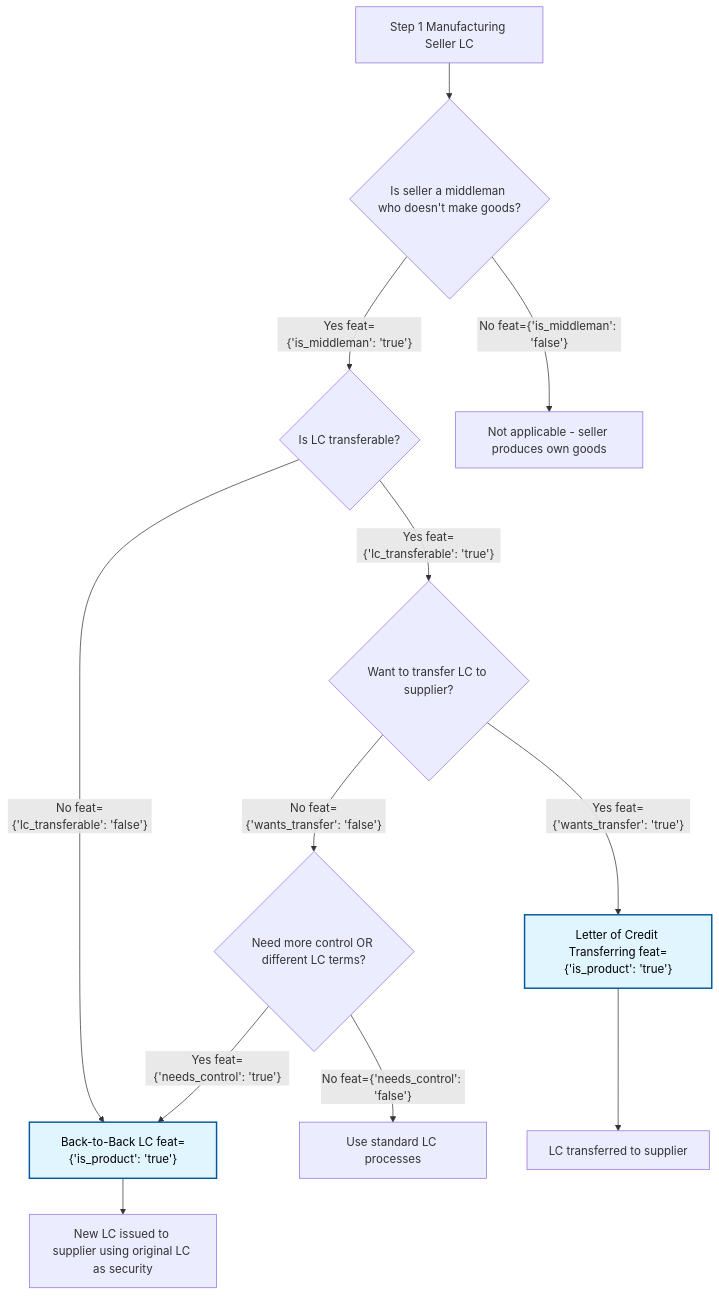
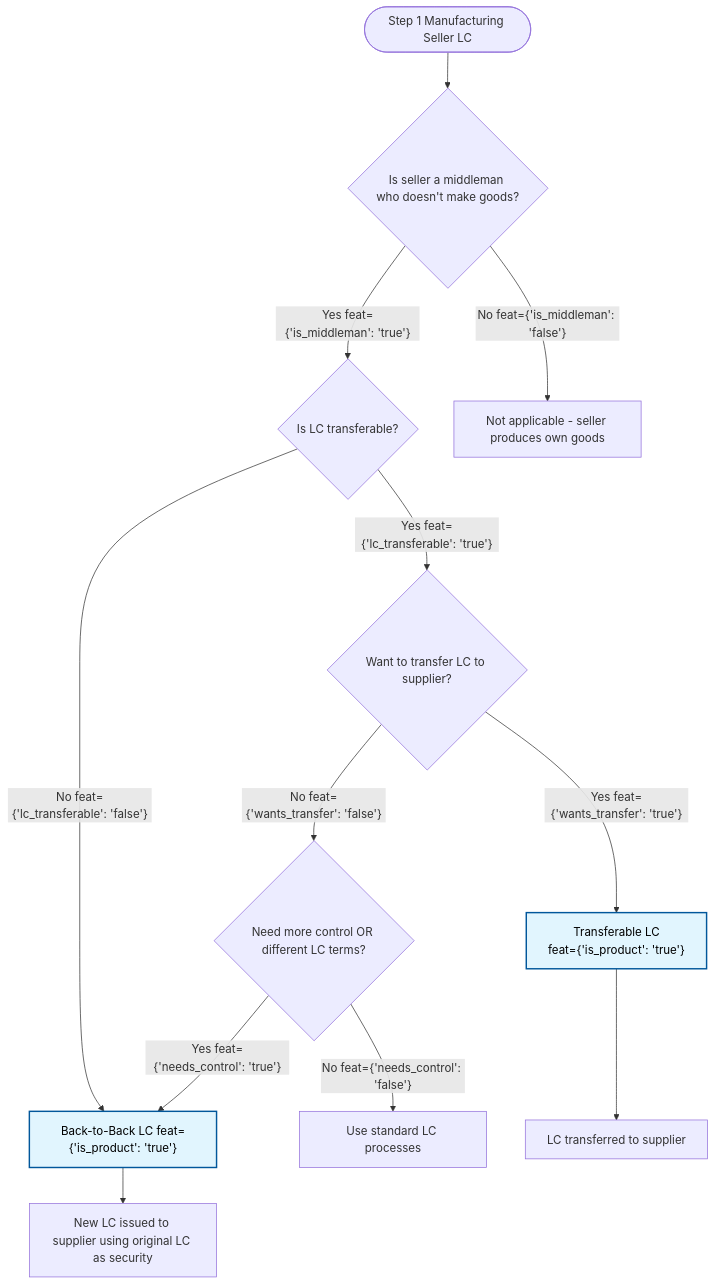
The diagram in tvc_decision_trees/manufacturing/1_seller_lc.md (sage-develop/why), drawn with Mermaid before and after one commit. The commit also changed 11 other files, not shown here.

Commit message:
make diagram in same pattern

````diff
--- a/tvc_decision_trees/manufacturing/1_seller_lc.md
+++ b/tvc_decision_trees/manufacturing/1_seller_lc.md
@@ -3,18 +3,19 @@
 ```mermaid
 flowchart TD
-    Start["Step 1 Manufacturing Seller LC"] --> CheckMiddleman{"Is seller a middleman who doesn't make goods?"}
-    CheckMiddleman -->|"Yes feat={'is_middleman': 'true'}"| TransferableCheck{"Is LC transferable?"}
-    CheckMiddleman -->|"No feat={'is_middleman': 'false'}"| End1["Not applicable - seller produces own goods"]
-    TransferableCheck -->|"Yes feat={'lc_transferable': 'true'}"| WantTransfer{"Want to transfer LC to supplier?"}
-    TransferableCheck -->|"No feat={'lc_transferable': 'false'}"| BackToBackLC["Back-to-Back LC feat={'is_product': 'true'}"]
-    WantTransfer -->|"Yes feat={'wants_transfer': 'true'}"| LCTransfer["Letter of Credit Transferring feat={'is_product': 'true'}"]
-    WantTransfer -->|"No feat={'wants_transfer': 'false'}"| BackToBackCheck{"Need more control OR different LC terms?"}
-    BackToBackCheck -->|"Yes feat={'needs_control': 'true'}"| BackToBackLC
-    BackToBackCheck -->|"No feat={'needs_control': 'false'}"| End2["Use standard LC processes"]
-    LCTransfer --> End3["LC transferred to supplier"]
-    BackToBackLC --> End4["New LC issued to supplier using original LC as security"]
+    Start(["Step 1 Manufacturing Seller LC"]) --> Q1{"Is seller a middleman who doesn't make goods?"}
+    Q1 -->|"Yes feat={'is_middleman': 'true'}"| Q2{"Is LC transferable?"}
+    Q1 -->|"No feat={'is_middleman': 'false'}"| End1["Not applicable - seller produces own goods"]
+    Q2 -->|"Yes feat={'lc_transferable': 'true'}"| Q3{"Want to transfer LC to supplier?"}
+    Q2 -->|"No feat={'lc_transferable': 'false'}"| P1["Back-to-Back LC feat={'is_product': 'true'}"]
+    Q3 -->|"Yes feat={'wants_transfer': 'true'}"| P2["Transferable LC
+ feat={'is_product': 'true'}"]
+    Q3 -->|"No feat={'wants_transfer': 'false'}"| Q4{"Need more control OR different LC terms?"}
+    Q4 -->|"Yes feat={'needs_control': 'true'}"| P1
+    Q4 -->|"No feat={'needs_control': 'false'}"| End2["Use standard LC processes"]
+    P2 --> End3["LC transferred to supplier"]
+    P1 --> End4["New LC issued to supplier using original LC as security"]
 
-    BackToBackLC:::productBox
-    LCTransfer:::productBox
+    P1:::productBox
+    P2:::productBox
     classDef productBox fill:#e1f5fe,stroke:#01579b,stroke-width:2px,color:#000
 ```
````
